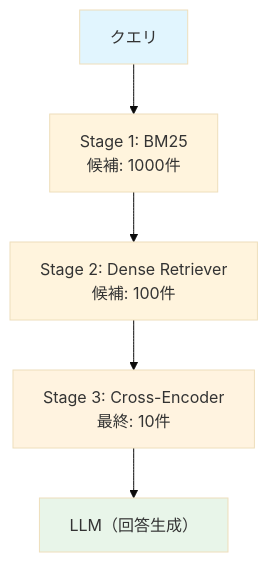
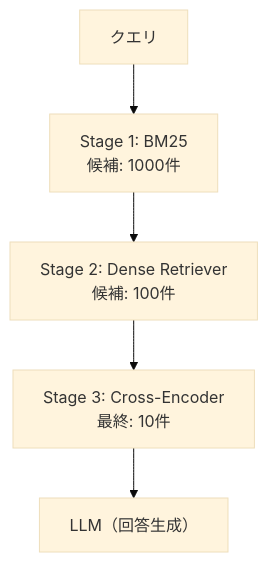
One commit to 0h-n0/zenn-contents changed the third of 3 diagrams in articles/10d67026af2a27.md. Above: the diagram before and after it, drawn with Mermaid (base theme). The commit also changed 13 other files, not shown here.

First line of the commit message:
fix: Mermaidダイアグラムのカスタムスタイル(fill/stroke/color)を削除

````diff
--- a/articles/10d67026af2a27.md
+++ b/articles/10d67026af2a27.md
@@ -404,11 +404,8 @@
 ```mermaid
 graph TD
     A["クエリ"] --> B["Stage 1: BM25<br/>候補: 1000件"]
     B --> C["Stage 2: Dense Retriever<br/>候補: 100件"]
     C --> D["Stage 3: Cross-Encoder<br/>最終: 10件"]
     D --> E["LLM（回答生成）"]
 
-    style A fill:#e1f5fe
-    style D fill:#fff3e0
-    style E fill:#e8f5e9
 ```
````
